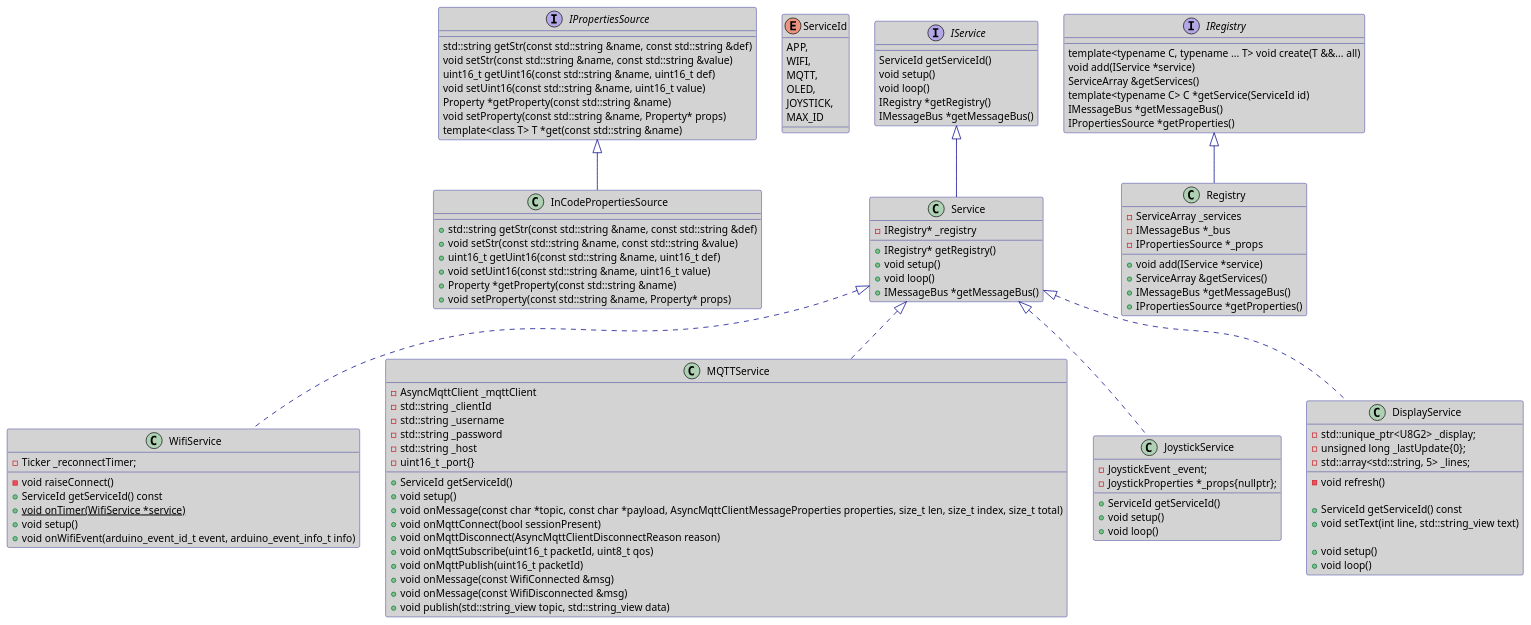
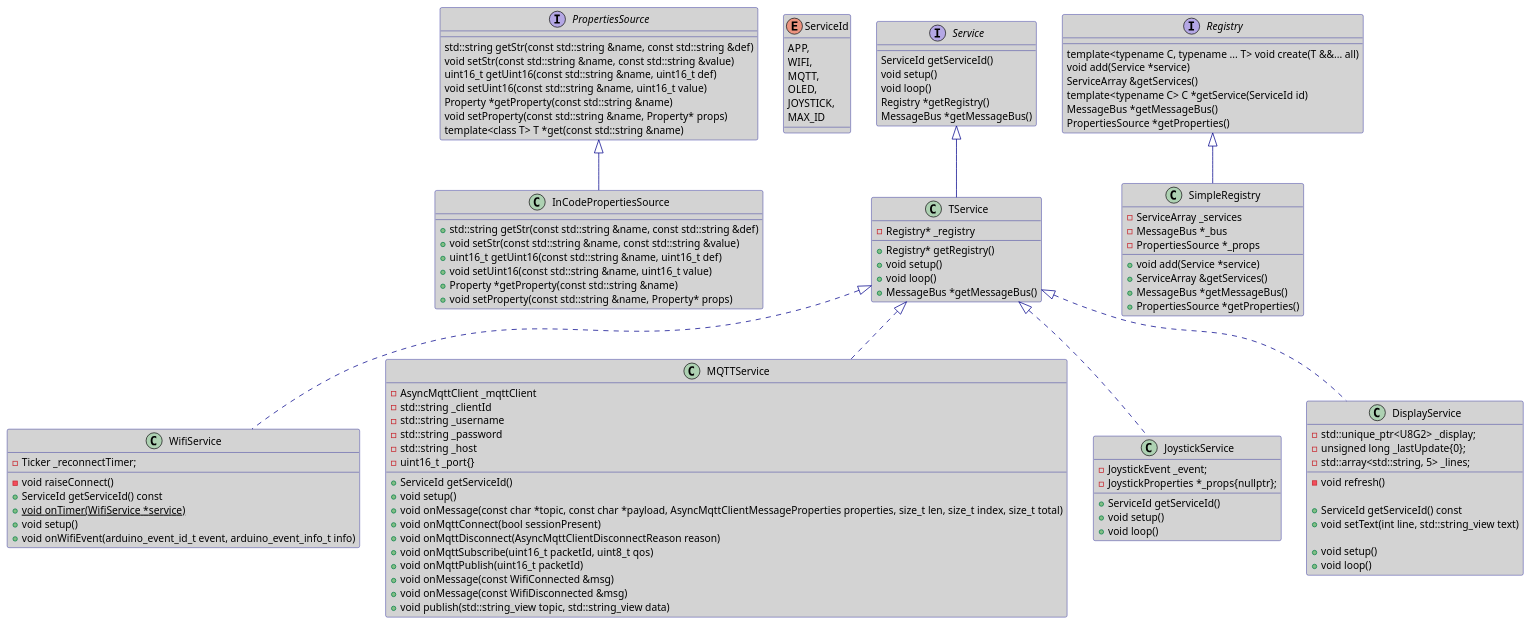
The diagram in puml/Service.puml (darvik80/esp32-core), drawn with PlantUML before and after one commit. The commit also changed 21 other files, not shown here.

```diff
--- a/puml/Service.puml
+++ b/puml/Service.puml
@@ -1,139 +1,139 @@
 @startuml
 
 skinparam backgroundColor White
 skinparam classBackgroundColor LightGray
 skinparam arrowColor DarkBlue
 skinparam classBorderColor DarkBlue
 
 enum ServiceId {
     APP,
     WIFI,
     MQTT,
     OLED,
     JOYSTICK,
     MAX_ID
 }
 
-interface IService {
+interface Service {
     ServiceId getServiceId()
     void setup()
     void loop()
-    IRegistry *getRegistry()
-    IMessageBus *getMessageBus()
+    Registry *getRegistry()
+    MessageBus *getMessageBus()
 }
 
-interface IPropertiesSource {
+interface PropertiesSource {
     std::string getStr(const std::string &name, const std::string &def)
     void setStr(const std::string &name, const std::string &value)
     uint16_t getUint16(const std::string &name, uint16_t def)
     void setUint16(const std::string &name, uint16_t value)
     Property *getProperty(const std::string &name)
     void setProperty(const std::string &name, Property* props)
     template<class T> T *get(const std::string &name)
 }
 
-interface IRegistry {
+interface Registry {
     template<typename C, typename ... T> void create(T &&... all)
-    void add(IService *service)
+    void add(Service *service)
     ServiceArray &getServices()
     template<typename C> C *getService(ServiceId id)
-    IMessageBus *getMessageBus()
-    IPropertiesSource *getProperties()
+    MessageBus *getMessageBus()
+    PropertiesSource *getProperties()
 }
 
-class Service {
-    -IRegistry* _registry
-    +IRegistry* getRegistry()
+class TService {
+    -Registry* _registry
+    +Registry* getRegistry()
     +void setup()
     +void loop()
-    +IMessageBus *getMessageBus()
+    +MessageBus *getMessageBus()
 }
 
-IService <|-- Service
+Service <|-- TService
 
 class InCodePropertiesSource {
     +std::string getStr(const std::string &name, const std::string &def)
     +void setStr(const std::string &name, const std::string &value)
     +uint16_t getUint16(const std::string &name, uint16_t def)
     +void setUint16(const std::string &name, uint16_t value)
     +Property *getProperty(const std::string &name)
     +void setProperty(const std::string &name, Property* props)
 }
 
-IPropertiesSource <|-- InCodePropertiesSource
+PropertiesSource <|-- InCodePropertiesSource
 
-class Registry {
+class SimpleRegistry {
     -ServiceArray _services
-    -IMessageBus *_bus
-    -IPropertiesSource *_props
-    +void add(IService *service)
+    -MessageBus *_bus
+    -PropertiesSource *_props
+    +void add(Service *service)
     +ServiceArray &getServices()
-    +IMessageBus *getMessageBus()
-    +IPropertiesSource *getProperties()
+    +MessageBus *getMessageBus()
+    +PropertiesSource *getProperties()
 }
 
-IRegistry <|-- Registry
+Registry <|-- SimpleRegistry
 
 class WifiService {
     -Ticker _reconnectTimer;
     -void raiseConnect()
     +ServiceId getServiceId() const
     +{static} void onTimer(WifiService *service)
     +void setup()
     +void onWifiEvent(arduino_event_id_t event, arduino_event_info_t info)
 }
 
-Service <|.. WifiService
+TService <|.. WifiService
 
 class MQTTService {
     -AsyncMqttClient _mqttClient
     -std::string _clientId
     -std::string _username
     -std::string _password
     -std::string _host
     -uint16_t _port{}
     +ServiceId getServiceId()
     +void setup()
     +void onMessage(const char *topic, const char *payload, AsyncMqttClientMessageProperties properties, size_t len, size_t index, size_t total)
     +void onMqttConnect(bool sessionPresent)
     +void onMqttDisconnect(AsyncMqttClientDisconnectReason reason)
     +void onMqttSubscribe(uint16_t packetId, uint8_t qos)
     +void onMqttPublish(uint16_t packetId)
     +void onMessage(const WifiConnected &msg)
     +void onMessage(const WifiDisconnected &msg)
     +void publish(std::string_view topic, std::string_view data)
 }
 
-Service <|.. MQTTService
+TService <|.. MQTTService
 
 class JoystickService {
     -JoystickEvent _event;
     -JoystickProperties *_props{nullptr};
 
     +ServiceId getServiceId()
     +void setup()
     +void loop()
 }
 
-Service <|.. JoystickService
+TService <|.. JoystickService
 
 class DisplayService {
     -std::unique_ptr<U8G2> _display;
     -unsigned long _lastUpdate{0};
     -std::array<std::string, 5> _lines;
 
     -void refresh()
 
     +ServiceId getServiceId() const
     +void setText(int line, std::string_view text)
 
     +void setup()
     +void loop()
 }
 
-Service <|.. DisplayService
+TService <|.. DisplayService
 
-IPropertiesSource --r[hidden]-> IService
-ServiceId --r[hidden]-> IService
+PropertiesSource --r[hidden]-> Service
+ServiceId --r[hidden]-> Service
 
 @enduml
```
